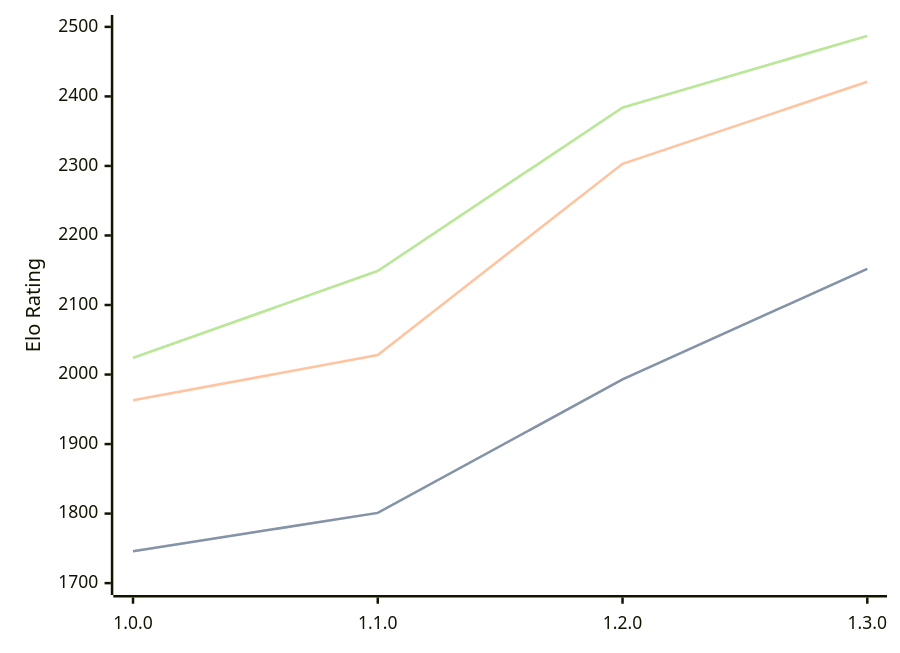
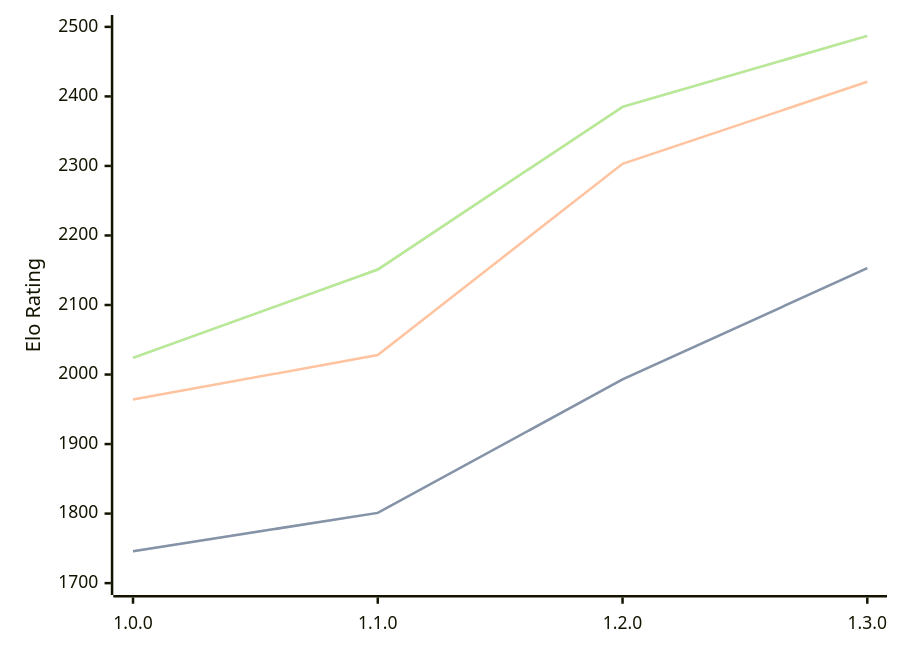
Before and after one commit to computer-chess-index/cci: the diagram in engines/Anodos.md, drawn with Mermaid. The commit also changed other lines of this file, not shown here.

Commit message:
Update CCI Ratings (ELO VLTC) - 2026-08-23

````diff
--- a/engines/Anodos.md
+++ b/engines/Anodos.md
@@ -34,11 +34,11 @@
 ```mermaid
 %%{init: {"theme":"base","themeVariables":{"seriesColors:['#a3a3a3','#222221','#faa371']}}}%%
 xychart-beta
   x-axis ["1.0.0", "1.1.0", "1.2.0", "1.3.0"]
   y-axis "Elo Rating" 1700 --> 2500
-  line "STC (8.0+0.08s)" [1746, 1801, 1993, 2152]
-  line "STC (8.0+0.08s)" [1746, 1801, 1993, 2152]
-  line "LTC (60.0+0.60s)" [1963, 2028, 2303, 2421]
-  line "VLTC (2m24s+1.12s)" [2024, 2149, 2384, 2487]
-  line "VLTC (2m24s+1.12s)" [2024, 2149, 2384, 2487]
+  line "STC (8.0+0.08s)" [1746, 1801, 1993, 2153]
+  line "STC (8.0+0.08s)" [1746, 1801, 1993, 2153]
+  line "LTC (60.0+0.60s)" [1964, 2028, 2303, 2421]
+  line "VLTC (2m24s+1.12s)" [2024, 2151, 2385, 2487]
+  line "VLTC (2m24s+1.12s)" [2024, 2151, 2385, 2487]
 ```
````
